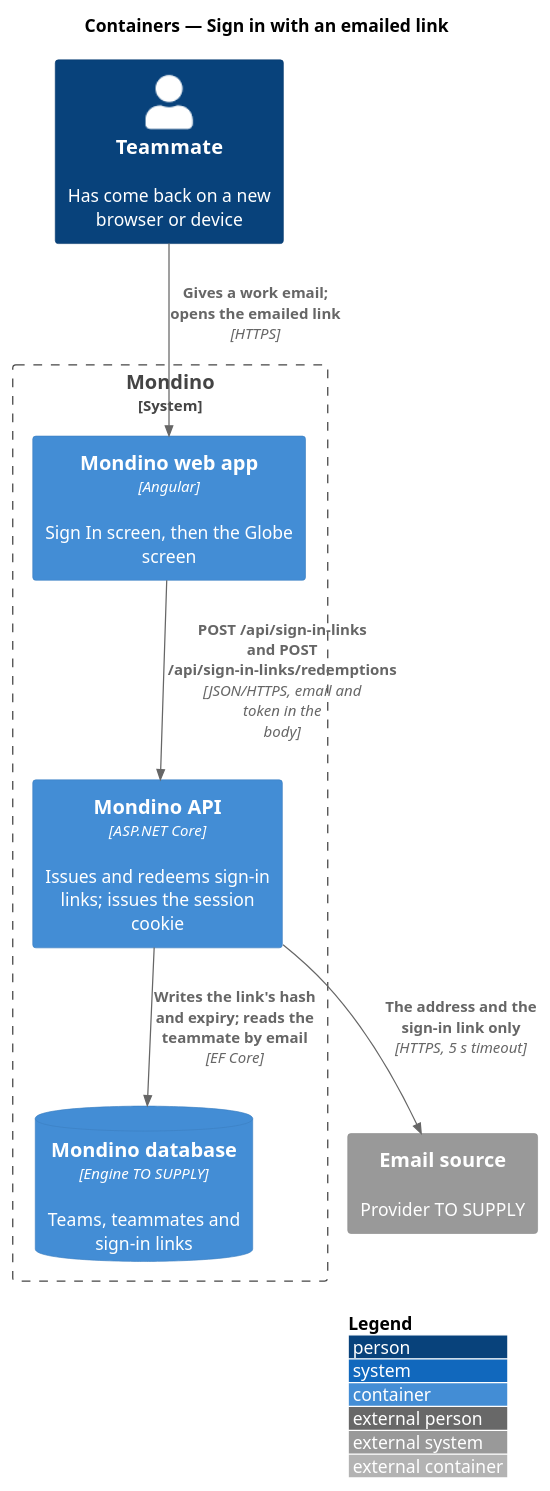
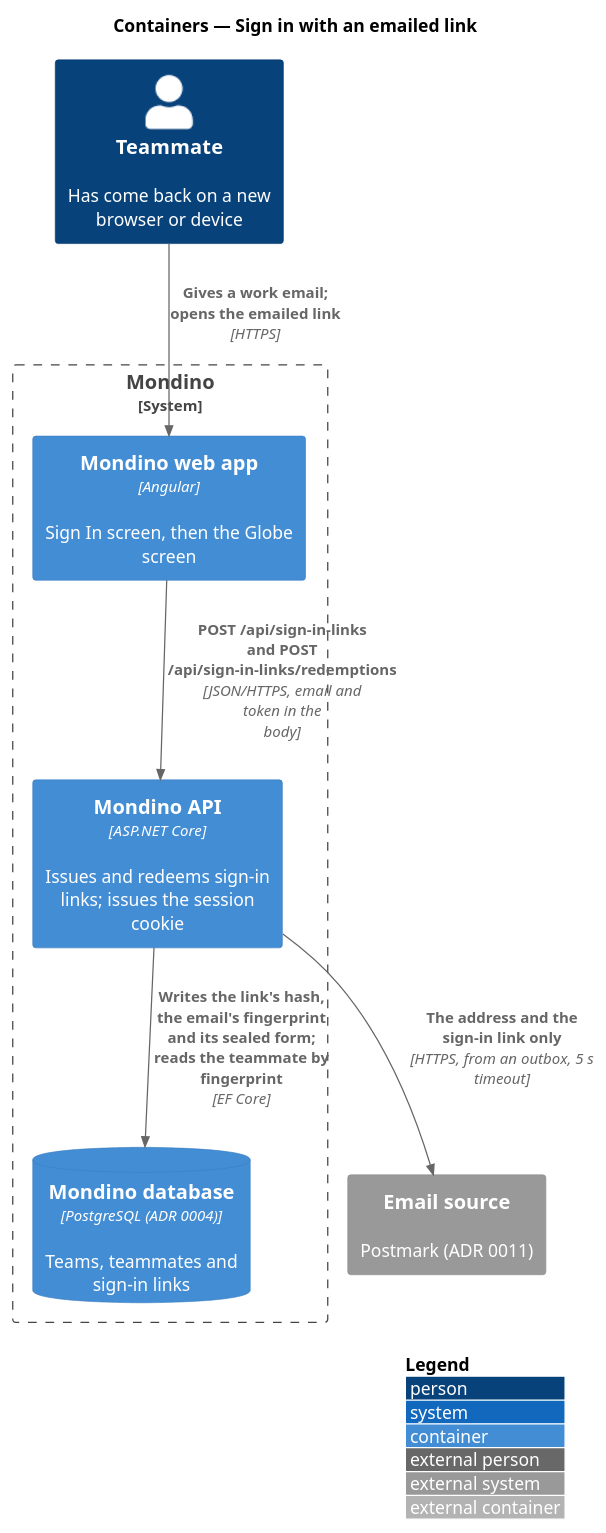
The diagram in docs/detailed-designs/joining/sign-in/diagrams/c4-container.puml (QuinntyneBrown/Mondino), drawn with PlantUML before and after one commit. The commit also changed 20 other files, not shown here.

Commit message:
Decide the sign-in email sender, the link and its sealed email, and bring the sign-in design in line

```diff
--- a/docs/detailed-designs/joining/sign-in/diagrams/c4-container.puml
+++ b/docs/detailed-designs/joining/sign-in/diagrams/c4-container.puml
@@ -1,18 +1,18 @@
 @startuml
 !include <C4/C4_Container>
 LAYOUT_WITH_LEGEND()
 title Containers — Sign in with an emailed link
 
 Person(teammate, "Teammate", "Has come back on a new browser or device")
 System_Boundary(mondino, "Mondino") {
   Container(web, "Mondino web app", "Angular", "Sign In screen, then the Globe screen")
   Container(api, "Mondino API", "ASP.NET Core", "Issues and redeems sign-in links; issues the session cookie")
-  ContainerDb(db, "Mondino database", "Engine TO SUPPLY", "Teams, teammates and sign-in links")
+  ContainerDb(db, "Mondino database", "PostgreSQL (ADR 0004)", "Teams, teammates and sign-in links")
 }
-System_Ext(email, "Email source", "Provider TO SUPPLY")
+System_Ext(email, "Email source", "Postmark (ADR 0011)")
 
 Rel(teammate, web, "Gives a work email; opens the emailed link", "HTTPS")
 Rel(web, api, "POST /api/sign-in-links and POST /api/sign-in-links/redemptions", "JSON/HTTPS, email and token in the body")
-Rel(api, db, "Writes the link's hash and expiry; reads the teammate by email", "EF Core")
-Rel(api, email, "The address and the sign-in link only", "HTTPS, 5 s timeout")
+Rel(api, db, "Writes the link's hash, the email's fingerprint and its sealed form; reads the teammate by fingerprint", "EF Core")
+Rel(api, email, "The address and the sign-in link only", "HTTPS, from an outbox, 5 s timeout")
 @enduml
```
